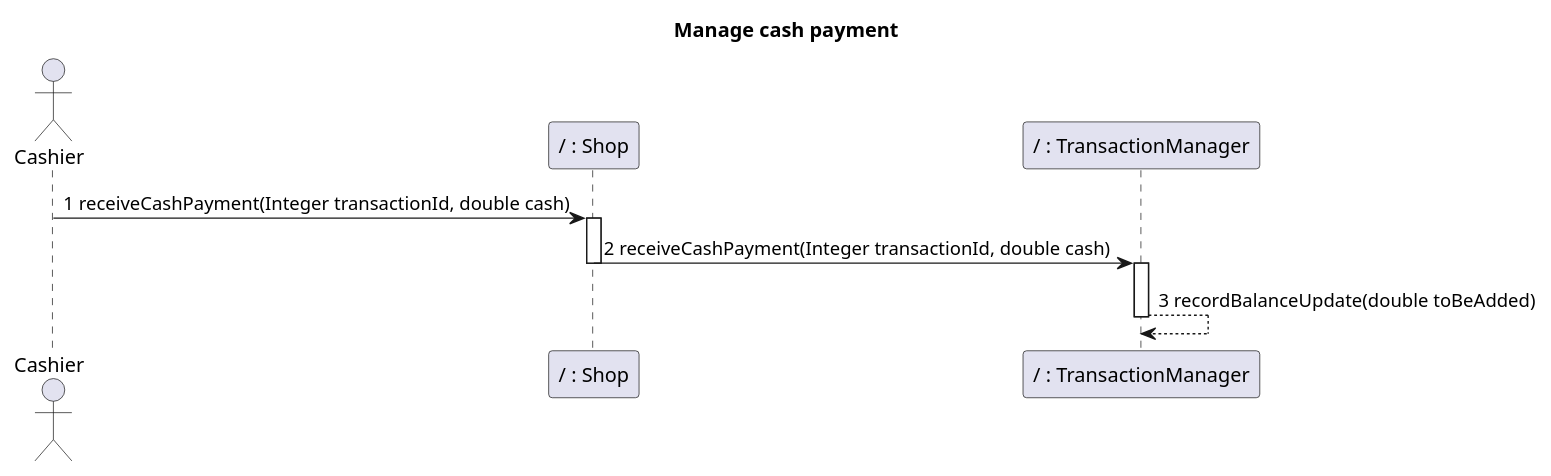
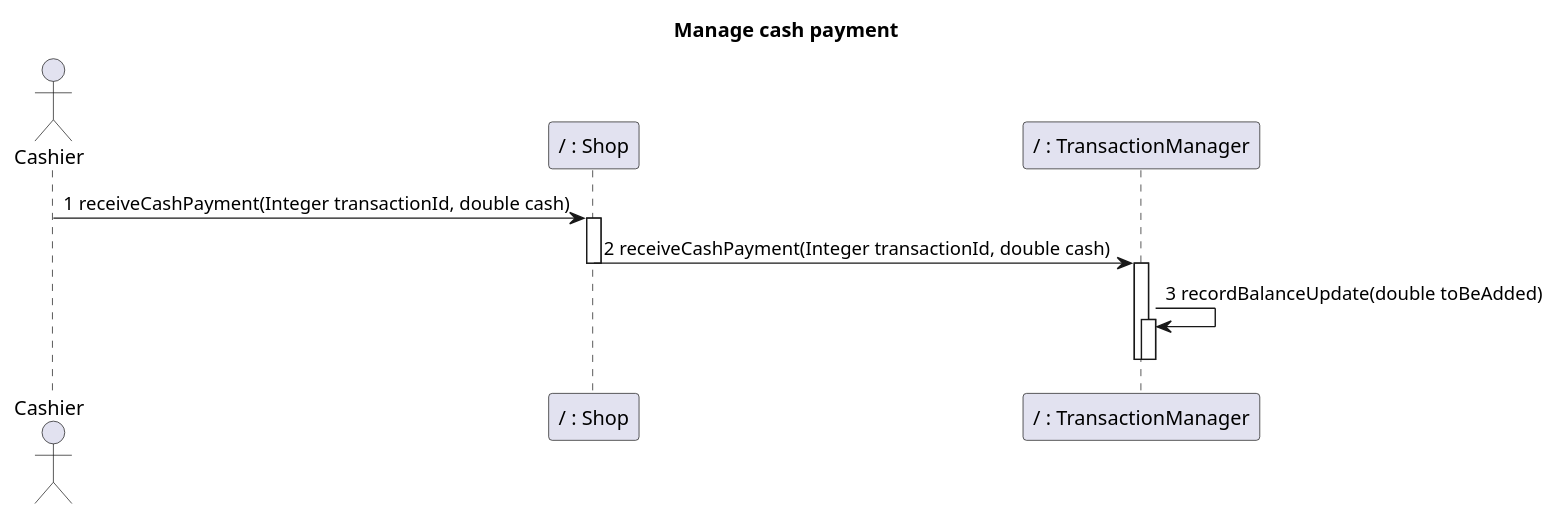
Before and after one commit to nicolabattaglino/ezshop: diagram 27 of 32 in Deliverables/DesignDocument.md, drawn with PlantUML. The commit also changed other lines of this file, not shown here.

````diff
--- a/Deliverables/DesignDocument.md
+++ b/Deliverables/DesignDocument.md
@@ -1337,20 +1341,22 @@
 ```plantuml
 @startuml
 
 title
 Manage cash payment
 end title
 
 
 actor Cashier
 participant "/ : Shop" as Shop
 participant "/ : TransactionManager" as TransactionManager
 Cashier -> Shop:1 receiveCashPayment(Integer transactionId, double cash)
 activate Shop
 Shop -> TransactionManager:2 receiveCashPayment(Integer transactionId, double cash)
 deactivate Shop
 activate TransactionManager
-TransactionManager --> TransactionManager:3 recordBalanceUpdate(double toBeAdded)
+TransactionManager -> TransactionManager:3 recordBalanceUpdate(double toBeAdded)
+activate TransactionManager
+deactivate TransactionManager
 deactivate TransactionManager
 @enduml
 ```
````
